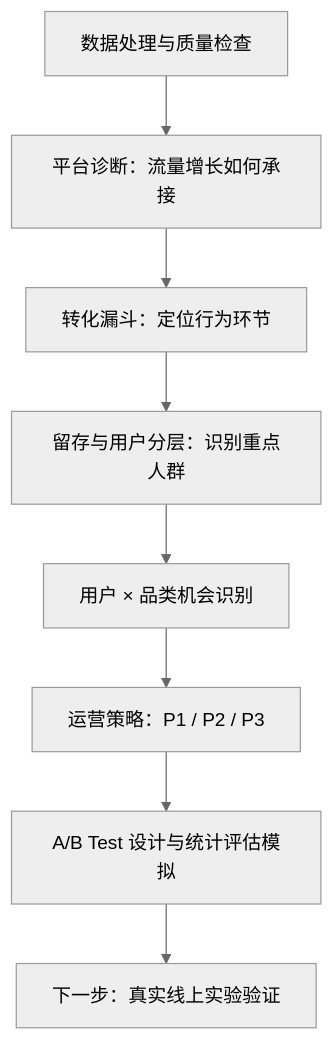
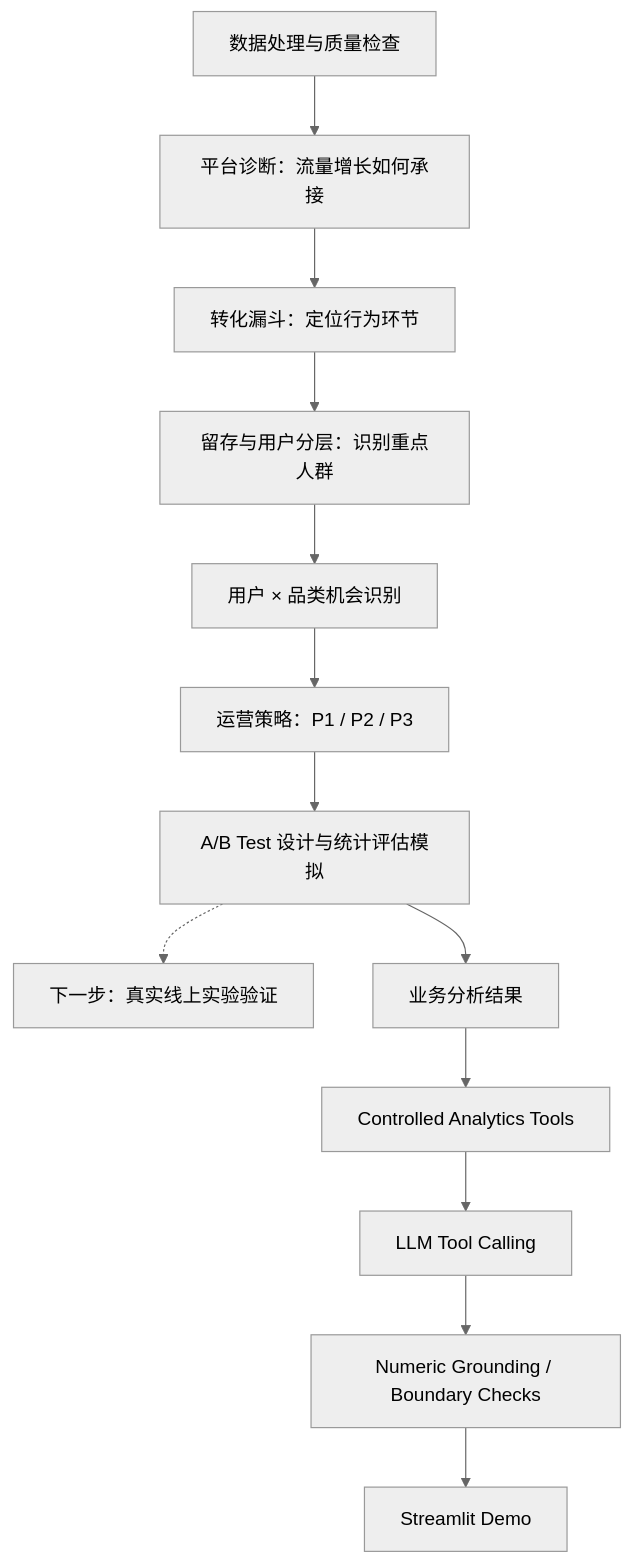
One commit to wuqi9424/ecommerce-user-behavior-analysis changed the diagram in README.md. Above: the diagram before and after it, drawn with Mermaid (neutral theme). The commit also changed other lines of this file, not shown here.

````diff
--- a/README.md
+++ b/README.md
@@ -56,10 +59,15 @@
 ```mermaid
 flowchart TD
     A[数据处理与质量检查] --> B[平台诊断：流量增长如何承接]
     B --> C[转化漏斗：定位行为环节]
     C --> D[留存与用户分层：识别重点人群]
     D --> E[用户 × 品类机会识别]
     E --> F[运营策略：P1 / P2 / P3]
     F --> G[A/B Test 设计与统计评估模拟]
-    G --> H[下一步：真实线上实验验证]
+    G -.-> H[下一步：真实线上实验验证]
+    G --> I[业务分析结果]
+    I --> J[Controlled Analytics Tools]
+    J --> K[LLM Tool Calling]
+    K --> L[Numeric Grounding / Boundary Checks]
+    L --> M[Streamlit Demo]
 ```
````
